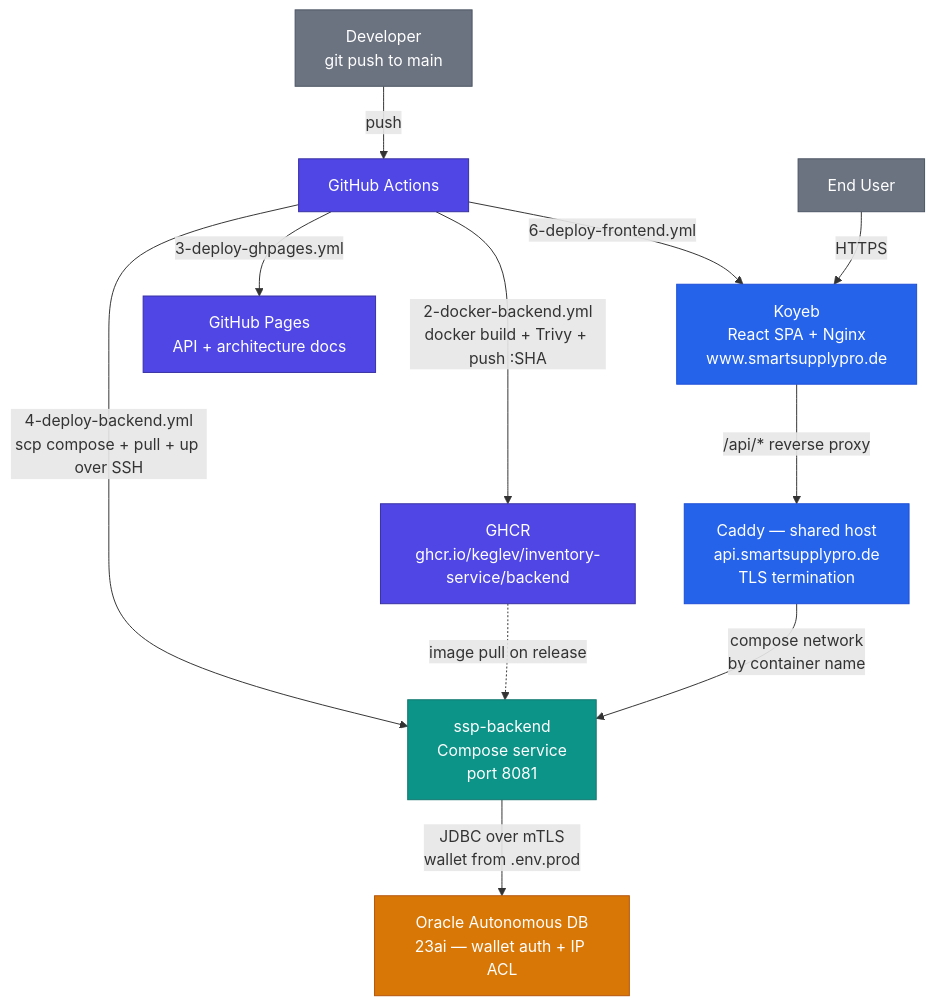
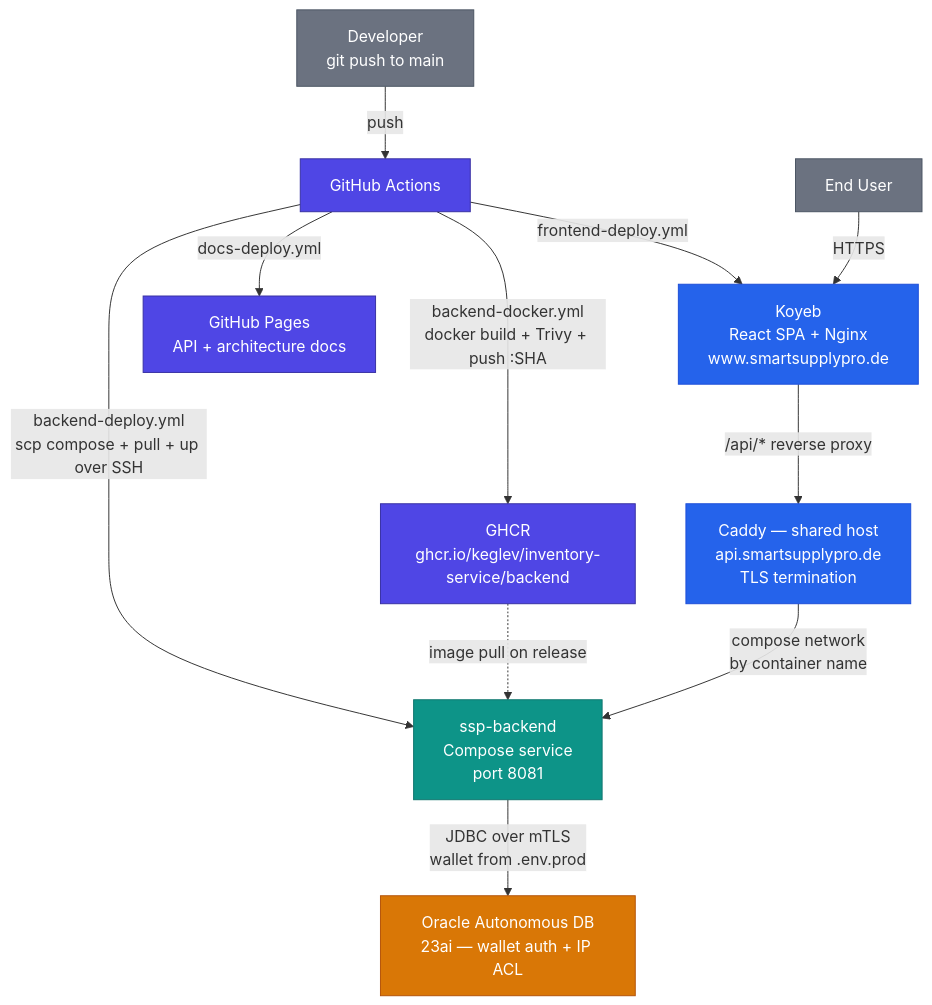
One commit to Keglev/inventory-service changed the first of 2 diagrams in docs/backend/architecture/07-deployment.md. Above: the diagram before and after it, drawn with Mermaid. The commit also changed other lines of this file and 37 other files, not shown here.

````diff
--- a/docs/backend/architecture/07-deployment.md
+++ b/docs/backend/architecture/07-deployment.md
@@ -39,29 +39,29 @@
 ```mermaid
 graph TB
     Dev["Developer\ngit push to main"]:::actor
     GHA["GitHub Actions"]:::external
     GHCR["GHCR\nghcr.io/keglev/inventory-service/backend"]:::external
     Caddy["Caddy — shared host\napi.smartsupplypro.de\nTLS termination"]:::controller
     SSP["ssp-backend\nCompose service\nport 8081"]:::service
     OADB["Oracle Autonomous DB\n23ai — wallet auth + IP ACL"]:::repository
     Koyeb["Koyeb\nReact SPA + Nginx\nwww.smartsupplypro.de"]:::controller
     GHP["GitHub Pages\nAPI + architecture docs"]:::external
     User["End User"]:::actor
 
     Dev -->|push| GHA
-    GHA -->|2-docker-backend.yml\ndocker build + Trivy + push :SHA| GHCR
-    GHA -->|4-deploy-backend.yml\nscp compose + pull + up over SSH| SSP
+    GHA -->|backend-docker.yml\ndocker build + Trivy + push :SHA| GHCR
+    GHA -->|backend-deploy.yml\nscp compose + pull + up over SSH| SSP
     GHCR -.->|image pull on release| SSP
-    GHA -->|6-deploy-frontend.yml| Koyeb
-    GHA -->|3-deploy-ghpages.yml| GHP
+    GHA -->|frontend-deploy.yml| Koyeb
+    GHA -->|docs-deploy.yml| GHP
     SSP -->|"JDBC over mTLS\nwallet from .env.prod"| OADB
     User -->|HTTPS| Koyeb
     Koyeb -->|/api/* reverse proxy| Caddy
     Caddy -->|compose network\nby container name| SSP
 
     classDef actor      fill:#6b7280,color:#fff,stroke:#4b5563;
     classDef controller fill:#2563eb,color:#fff,stroke:#1d4ed8;
     classDef service    fill:#0d9488,color:#fff,stroke:#0f766e;
     classDef repository fill:#d97706,color:#fff,stroke:#b45309;
     classDef external   fill:#4f46e5,color:#fff,stroke:#3730a3;
 ```
````
